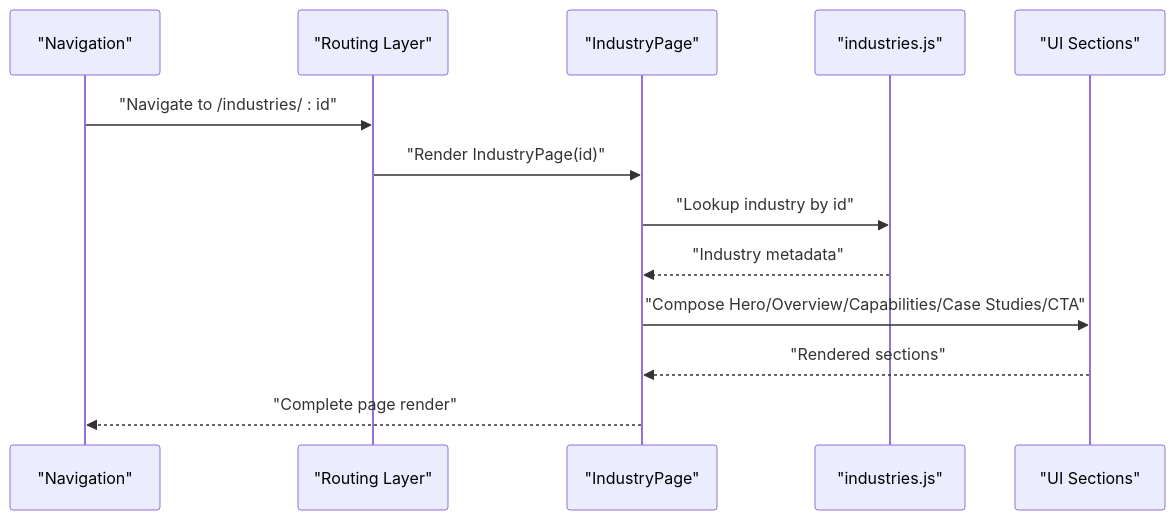
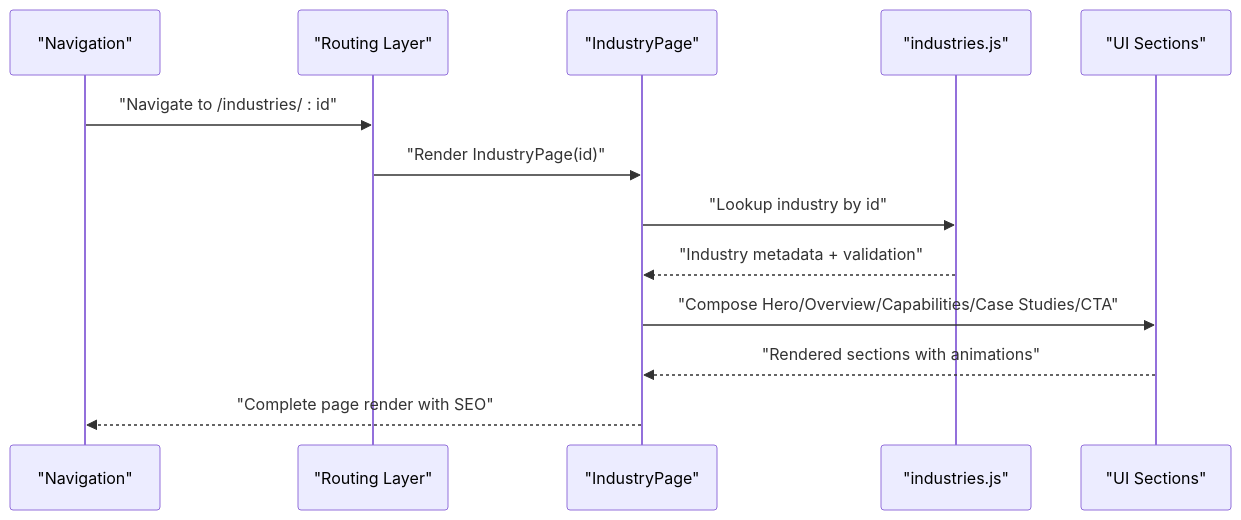
The second of 3 diagrams in .qoder/repowiki/en/content/Component Architecture/Industry Showcase Components.md (Theja4/podiummomentum), drawn with Mermaid before and after one commit. The commit also changed other lines of this file and 35 other files, not shown here.

````diff
--- a/.qoder/repowiki/en/content/Component Architecture/Industry Showcase Components.md
+++ b/.qoder/repowiki/en/content/Component Architecture/Industry Showcase Components.md
@@ -80,15 +92,15 @@
 ```mermaid
 sequenceDiagram
 participant Nav as "Navigation"
 participant Router as "Routing Layer"
 participant Page as "IndustryPage"
 participant Data as "industries.js"
 participant UI as "UI Sections"
 Nav->>Router : "Navigate to /industries/ : id"
 Router->>Page : "Render IndustryPage(id)"
 Page->>Data : "Lookup industry by id"
-Data-->>Page : "Industry metadata"
+Data-->>Page : "Industry metadata + validation"
 Page->>UI : "Compose Hero/Overview/Capabilities/Case Studies/CTA"
-UI-->>Page : "Rendered sections"
-Page-->>Nav : "Complete page render"
+UI-->>Page : "Rendered sections with animations"
+Page-->>Nav : "Complete page render with SEO"
 ```
````
